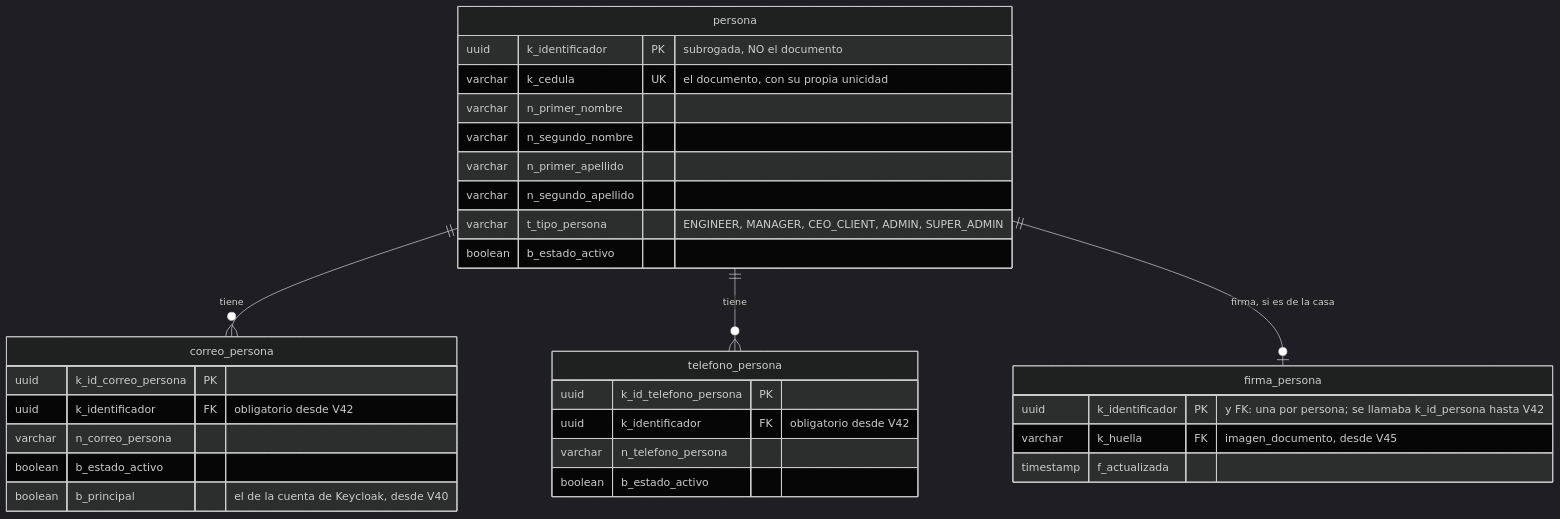
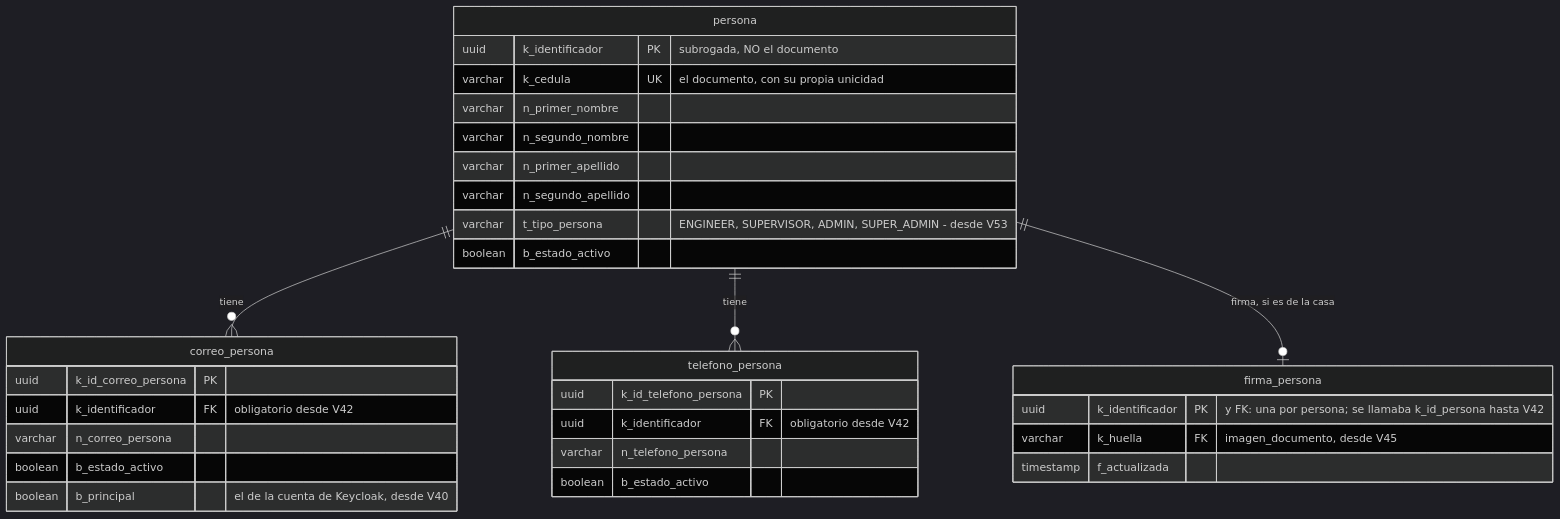
Before and after one commit to SeanBol222/MalphasOs: the fifth of 12 diagrams in SecondBrain/wiki/base-de-datos/esquema-bd-malphasos.md, drawn with Mermaid (dark theme). The commit also changed other lines of this file and 10 other files, not shown here.

First line of the commit message:
docs: the client supervisor (V53)

````diff
--- a/SecondBrain/wiki/base-de-datos/esquema-bd-malphasos.md
+++ b/SecondBrain/wiki/base-de-datos/esquema-bd-malphasos.md
@@ -418,34 +418,34 @@
 ```mermaid
 erDiagram
     persona ||--o{ correo_persona : "tiene"
     persona ||--o{ telefono_persona : "tiene"
     persona ||--o| firma_persona : "firma, si es de la casa"
     persona {
         uuid k_identificador PK "subrogada, NO el documento"
         varchar k_cedula UK "el documento, con su propia unicidad"
         varchar n_primer_nombre
         varchar n_segundo_nombre
         varchar n_primer_apellido
         varchar n_segundo_apellido
-        varchar t_tipo_persona "ENGINEER, MANAGER, CEO_CLIENT, ADMIN, SUPER_ADMIN"
+        varchar t_tipo_persona "ENGINEER, SUPERVISOR, ADMIN, SUPER_ADMIN - desde V53"
         boolean b_estado_activo
     }
     correo_persona {
         uuid k_id_correo_persona PK
         uuid k_identificador FK "obligatorio desde V42"
         varchar n_correo_persona
         boolean b_estado_activo
         boolean b_principal "el de la cuenta de Keycloak, desde V40"
     }
     telefono_persona {
         uuid k_id_telefono_persona PK
         uuid k_identificador FK "obligatorio desde V42"
         varchar n_telefono_persona
         boolean b_estado_activo
     }
     firma_persona {
         uuid k_identificador PK "y FK: una por persona; se llamaba k_id_persona hasta V42"
         varchar k_huella FK "imagen_documento, desde V45"
         timestamp f_actualizada
     }
 ```
````
